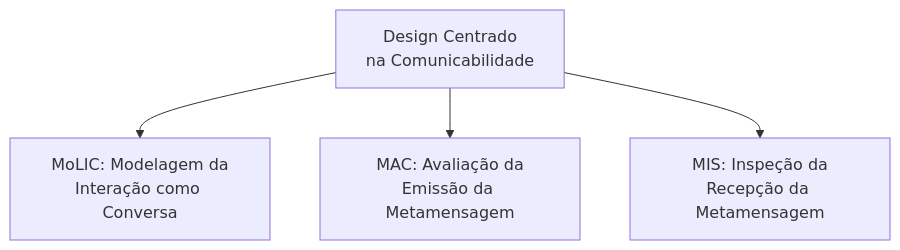
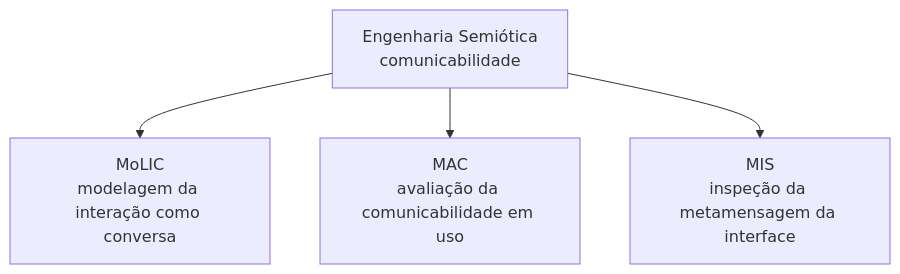
The third of 3 diagrams in 08. Design de Interacao/09. Engenharia semiótica - comunicação usuário-sistema e metacomunicação usuário-designer.md (leorruas/puc), drawn with Mermaid before and after one commit. The commit also changed other lines of this file, not shown here.

Commit message:
Normaliza Mermaid de engenharia semiótica

````diff
--- a/08. Design de Interacao/09. Engenharia semiótica - comunicação usuário-sistema e metacomunicação usuário-designer.md
+++ b/08. Design de Interacao/09. Engenharia semiótica - comunicação usuário-sistema e metacomunicação usuário-designer.md
@@ -128,6 +132,11 @@
 ```mermaid
 flowchart TD
-    EC["Design Centrado<br>na Comunicabilidade"] --> MoLIC["MoLIC: Modelagem da<br>Interação como Conversa"]
-    EC --> MAC["MAC: Avaliação da<br>Emissão da Metamensagem"]
-    EC --> MIS["MIS: Inspeção da<br>Recepção da Metamensagem"]
+    Comunicabilidade["Engenharia Semiótica<br>comunicabilidade"]:::core
+    MoLIC["MoLIC<br>modelagem da interação como conversa"]:::component
+    MAC["MAC<br>avaliação da comunicabilidade em uso"]:::data
+    MIS["MIS<br>inspeção da metamensagem da interface"]:::data
+
+    Comunicabilidade --> MoLIC
+    Comunicabilidade --> MAC
+    Comunicabilidade --> MIS
 ```
````
